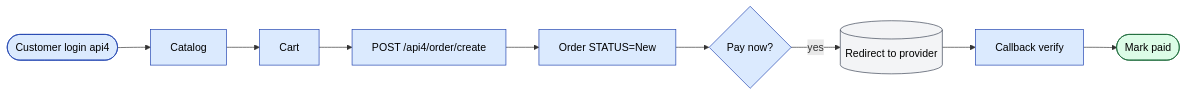
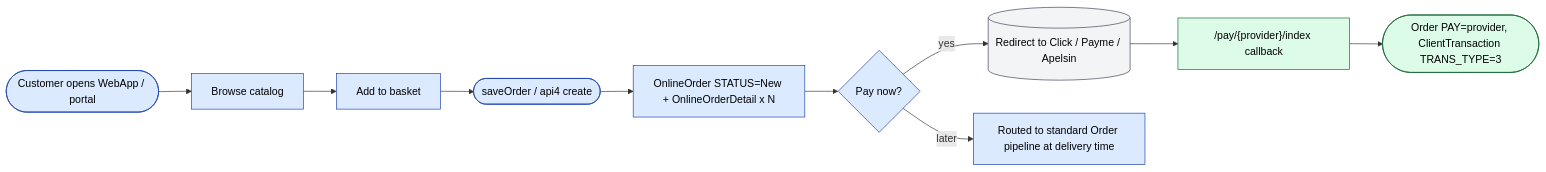
One commit to jamshidtulaganov/sd-doc changed the first of 4 diagrams in docs/modules/onlineOrder.md. Above: the diagram before and after it, drawn with Mermaid. The commit also changed other lines of this file and 605 other files, not shown here.

````diff
--- a/docs/modules/onlineOrder.md
+++ b/docs/modules/onlineOrder.md
@@ -53,22 +160,23 @@
 ```mermaid
 flowchart LR
-  C(["Customer login api4"]) --> CAT["Catalog"]
-  CAT --> CRT["Cart"]
-  CRT --> SUB["POST /api4/order/create"]
-  SUB --> ORD["Order STATUS=New"]
+  C(["Customer opens WebApp / portal"]) --> CAT["Browse catalog"]
+  CAT --> CRT["Add to basket"]
+  CRT --> SUB(["saveOrder / api4 create"])
+  SUB --> ORD["OnlineOrder STATUS=New + OnlineOrderDetail x N"]
   ORD --> PAY{"Pay now?"}
-  PAY -->|yes| RDR[("Redirect to provider")]
-  RDR --> CB["Callback verify"]
-  CB --> AP(["Mark paid"])
+  PAY -->|yes| RDR[("Redirect to Click / Payme / Apelsin")]
+  RDR --> CB["/pay/{provider}/index callback"]
+  CB --> AP(["Order PAY=provider, ClientTransaction TRANS_TYPE=3"])
+  PAY -->|later| LATER["Routed to standard Order pipeline at delivery time"]
 
   classDef action   fill:#dbeafe,stroke:#1e40af,color:#000
   classDef approval fill:#fef3c7,stroke:#92400e,color:#000
   classDef success  fill:#dcfce7,stroke:#166534,color:#000
   classDef reject   fill:#fee2e2,stroke:#991b1b,color:#000
   classDef external fill:#f3f4f6,stroke:#374151,color:#000
   classDef cron     fill:#ede9fe,stroke:#6d28d9,color:#000
 
-  class C,CAT,CRT,SUB,ORD,PAY,CB action
+  class C,CAT,CRT,SUB,ORD,PAY,LATER action
   class RDR external
-  class AP success
+  class AP,CB success
 ```
````
